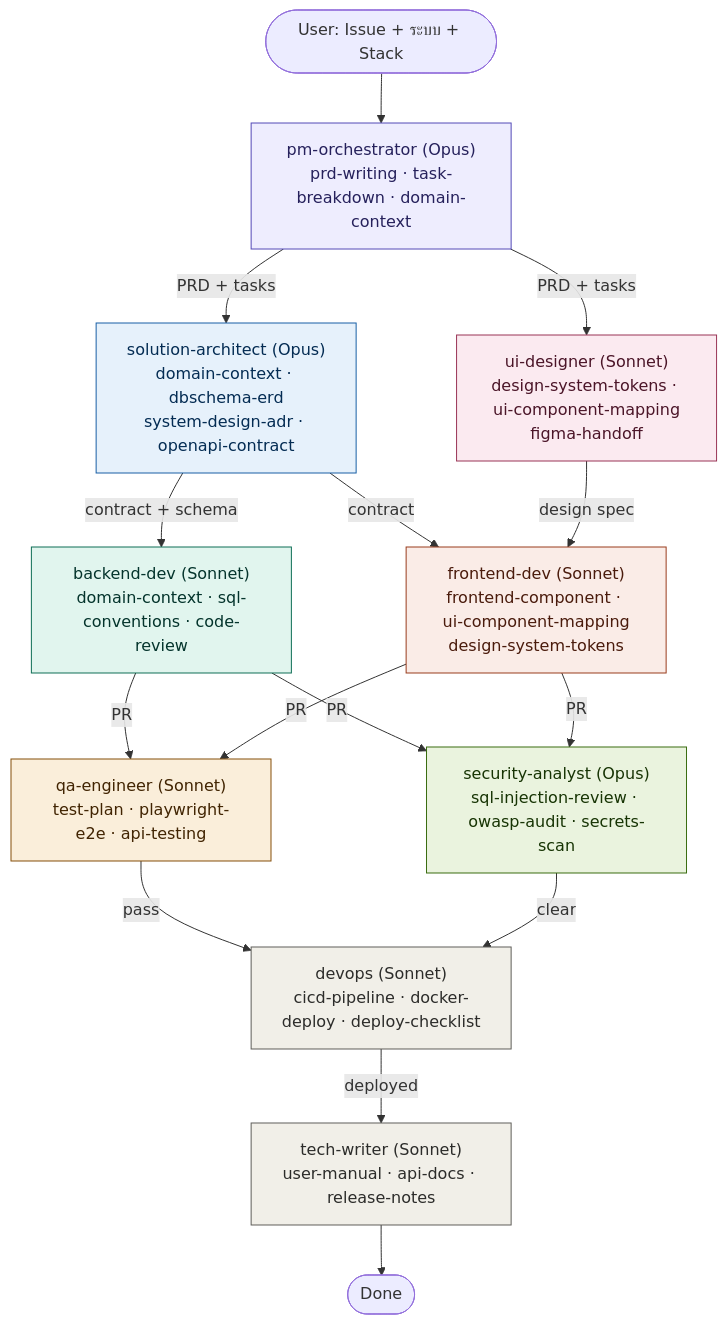
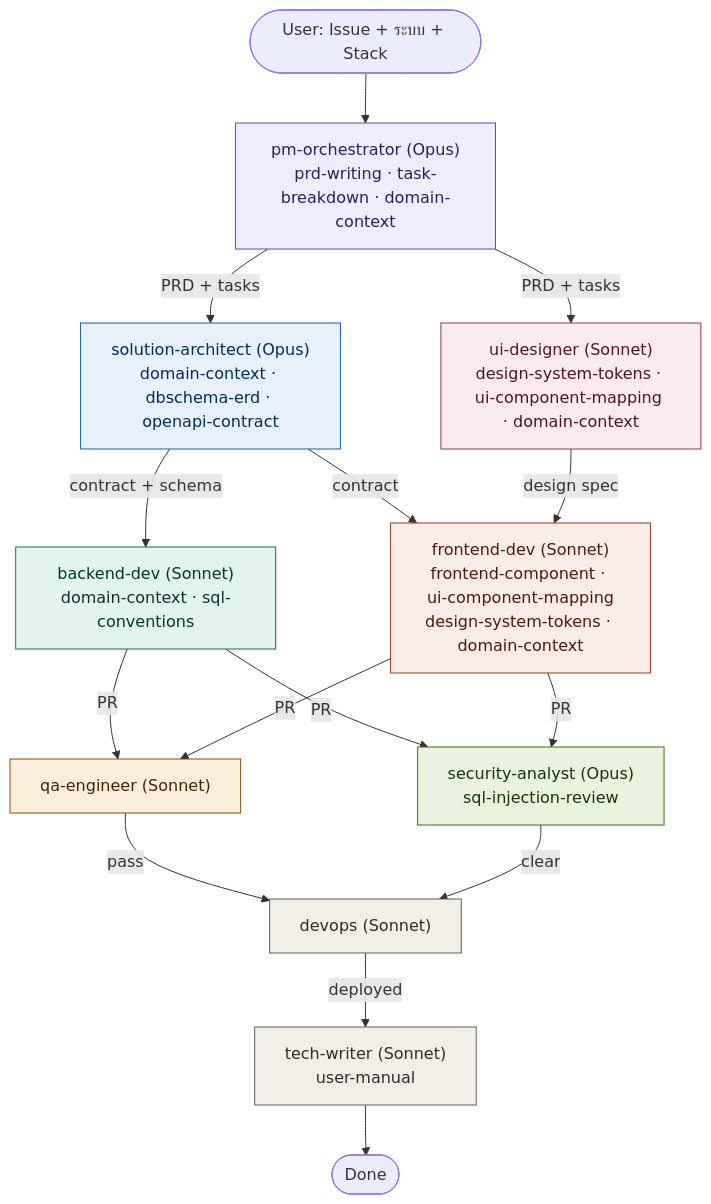
The diagram in README.md (panachats/multica-agents-skills), drawn with Mermaid before and after one commit. The commit also changed other lines of this file and 9 other files, not shown here.

````diff
--- a/README.md
+++ b/README.md
@@ -9,47 +9,47 @@
 ```mermaid
 flowchart TD
     U([User: Issue + ระบบ + Stack])
     U --> PM
 
     PM["pm-orchestrator (Opus)\nprd-writing · task-breakdown · domain-context"]
 
     PM -->|PRD + tasks| ARCH
     PM -->|PRD + tasks| DES
 
-    ARCH["solution-architect (Opus)\ndomain-context · dbschema-erd\nsystem-design-adr · openapi-contract"]
-    DES["ui-designer (Sonnet)\ndesign-system-tokens · ui-component-mapping\nfigma-handoff"]
+    ARCH["solution-architect (Opus)\ndomain-context · dbschema-erd · openapi-contract"]
+    DES["ui-designer (Sonnet)\ndesign-system-tokens · ui-component-mapping · domain-context"]
 
     ARCH -->|contract + schema| BE
     ARCH -->|contract| FE
     DES -->|design spec| FE
 
-    BE["backend-dev (Sonnet)\ndomain-context · sql-conventions · code-review"]
-    FE["frontend-dev (Sonnet)\nfrontend-component · ui-component-mapping\ndesign-system-tokens"]
+    BE["backend-dev (Sonnet)\ndomain-context · sql-conventions"]
+    FE["frontend-dev (Sonnet)\nfrontend-component · ui-component-mapping\ndesign-system-tokens · domain-context"]
 
     BE -->|PR| QA
     BE -->|PR| SEC
     FE -->|PR| QA
     FE -->|PR| SEC
 
-    QA["qa-engineer (Sonnet)\ntest-plan · playwright-e2e · api-testing"]
-    SEC["security-analyst (Opus)\nsql-injection-review · owasp-audit · secrets-scan"]
+    QA["qa-engineer (Sonnet)"]
+    SEC["security-analyst (Opus)\nsql-injection-review"]
 
     QA -->|pass| DEV
     SEC -->|clear| DEV
 
-    DEV["devops (Sonnet)\ncicd-pipeline · docker-deploy · deploy-checklist"]
+    DEV["devops (Sonnet)"]
     DEV -->|deployed| TW
 
-    TW["tech-writer (Sonnet)\nuser-manual · api-docs · release-notes"]
+    TW["tech-writer (Sonnet)\nuser-manual"]
     TW --> OUT([Done])
 
     style PM fill:#EEEDFE,stroke:#534AB7,color:#26215C
     style ARCH fill:#E6F1FB,stroke:#185FA5,color:#042C53
     style DES fill:#FBEAF0,stroke:#993556,color:#4B1528
     style BE fill:#E1F5EE,stroke:#0F6E56,color:#04342C
     style FE fill:#FAECE7,stroke:#993C1D,color:#4A1B0C
     style QA fill:#FAEEDA,stroke:#854F0B,color:#412402
     style SEC fill:#EAF3DE,stroke:#3B6D11,color:#173404
     style DEV fill:#F1EFE8,stroke:#5F5E5A,color:#2C2C2A
     style TW fill:#F1EFE8,stroke:#5F5E5A,color:#2C2C2A
 ```
````
